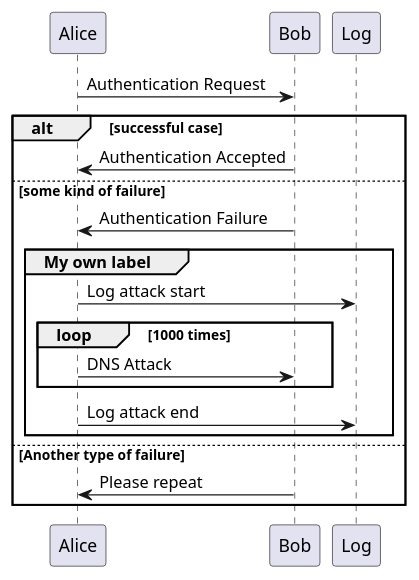
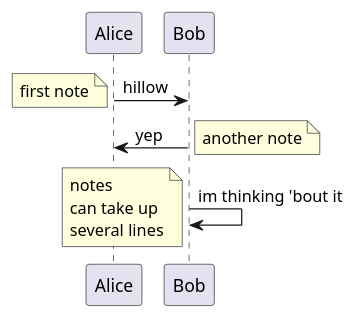
One commit to mizandarii/uml changed the diagram in sequence.wsd. Above: the diagram before and after it, drawn with PlantUML.

Commit message:
11. Примечания в сообщениях

```diff
--- a/sequence.wsd
+++ b/sequence.wsd
@@ -1,24 +1,14 @@
 @startuml 
-Alice -> Bob: Authentication Request
+Alice->Bob : hillow
+note left: first note
 
-alt successful case
+Bob->Alice : yep
+note right: another note
 
-    Bob -> Alice: Authentication Accepted
-
-else some kind of failure
-
-    Bob -> Alice: Authentication Failure
-    group My own label
-    Alice -> Log : Log attack start
-        loop 1000 times
-            Alice -> Bob: DNS Attack
-        end
-    Alice -> Log: Log attack end
-    end
-
-else Another type of failure
-
-    Bob-> Alice: Please repeat
-    
-end
+Bob->Bob: im thinking 'bout it
+note left
+notes
+can take up
+several lines
+end note
 @enduml
```
